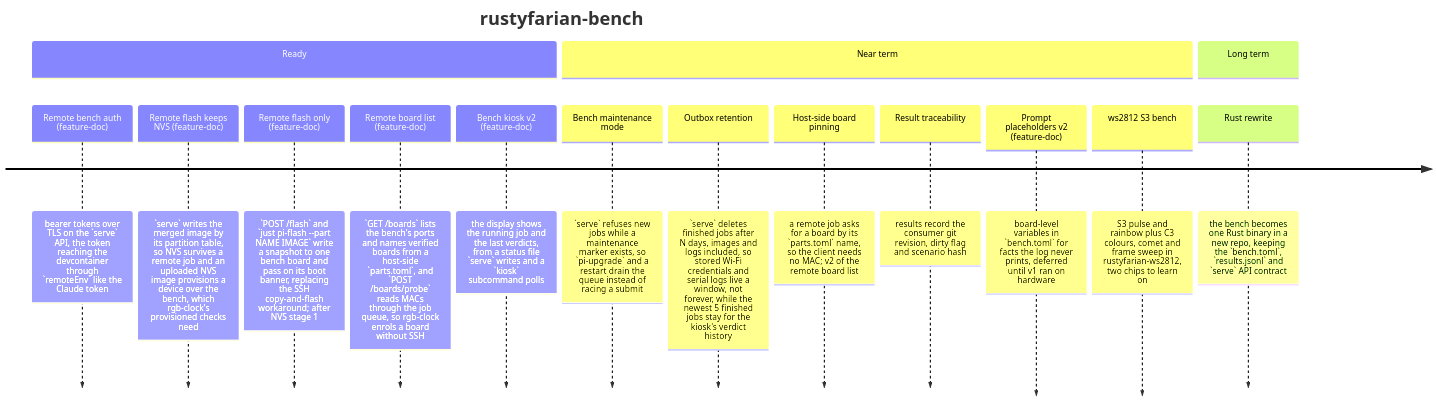
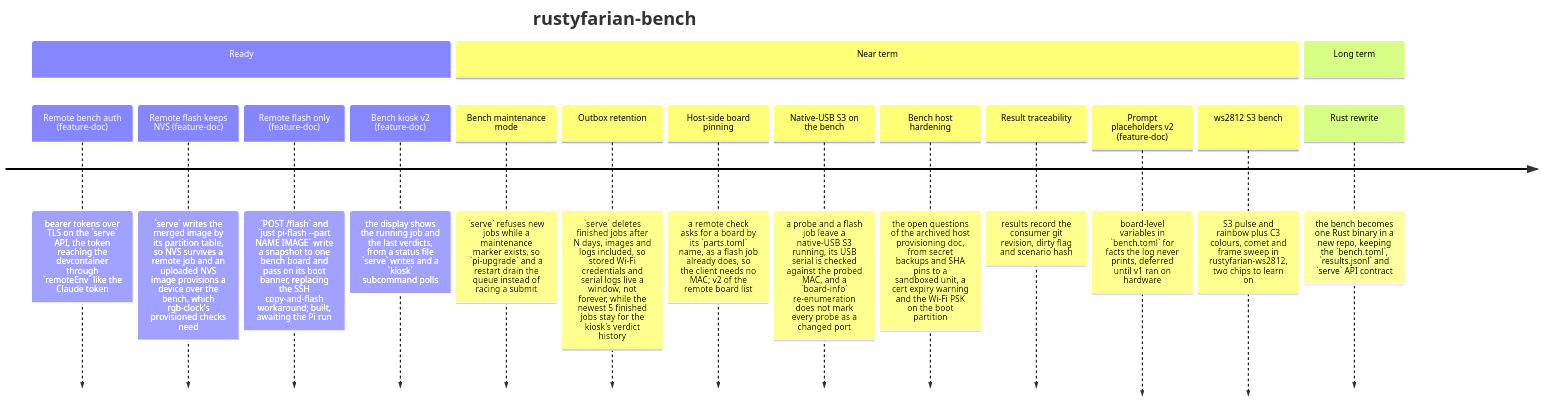
The diagram in docs/ROADMAP.md (datenkollektiv/rustyfarian-bench), drawn with Mermaid before and after one commit. The commit also changed 11 other files, not shown here.

Commit message:
Roadmap Hygiene 2026-11-24

````diff
--- a/docs/ROADMAP.md
+++ b/docs/ROADMAP.md
@@ -8,19 +8,20 @@
 ```mermaid
 timeline
     title rustyfarian-bench
     section Ready
         Remote bench auth (feature-doc) : bearer tokens over TLS on the `serve` API, the token reaching the devcontainer through `remoteEnv` like the Claude token
         Remote flash keeps NVS (feature-doc) : `serve` writes the merged image by its partition table, so NVS survives a remote job and an uploaded NVS image provisions a device over the bench, which rgb-clock's provisioned checks need
-        Remote flash only (feature-doc) : `POST /flash` and `just pi-flash --part NAME IMAGE` write a snapshot to one bench board and pass on its boot banner, replacing the SSH copy-and-flash workaround; after NVS stage 1
-        Remote board list (feature-doc) : `GET /boards` lists the bench's ports and names verified boards from a host-side `parts.toml`, and `POST /boards/probe` reads MACs through the job queue, so rgb-clock enrols a board without SSH
+        Remote flash only (feature-doc) : `POST /flash` and `just pi-flash --part NAME IMAGE` write a snapshot to one bench board and pass on its boot banner, replacing the SSH copy-and-flash workaround; built, awaiting the Pi run
         Bench kiosk v2 (feature-doc) : the display shows the running job and the last verdicts, from a status file `serve` writes and a `kiosk` subcommand polls
     section Near term
         Bench maintenance mode : `serve` refuses new jobs while a maintenance marker exists, so `pi-upgrade` and a restart drain the queue instead of racing a submit
         Outbox retention : `serve` deletes finished jobs after N days, images and logs included, so stored Wi-Fi credentials and serial logs live a window, not forever, while the newest 5 finished jobs stay for the kiosk's verdict history
-        Host-side board pinning : a remote job asks for a board by its `parts.toml` name, so the client needs no MAC; v2 of the remote board list
+        Host-side board pinning : a remote check asks for a board by its `parts.toml` name, as a flash job already does, so the client needs no MAC; v2 of the remote board list
+        Native-USB S3 on the bench : a probe and a flash job leave a native-USB S3 running, its USB serial is checked against the probed MAC, and a `board-info` re-enumeration does not mark every probe as a changed port
+        Bench host hardening : the open questions of the archived host provisioning doc, from secret backups and SHA pins to a sandboxed unit, a cert expiry warning and the Wi-Fi PSK on the boot partition
         Result traceability : results record the consumer git revision, dirty flag and scenario hash
         Prompt placeholders v2 (feature-doc) : board-level variables in `bench.toml` for facts the log never prints, deferred until v1 ran on hardware
         ws2812 S3 bench : S3 pulse and rainbow plus C3 colours, comet and frame sweep in rustyfarian-ws2812, two chips to learn on
     section Long term
         Rust rewrite : the bench becomes one Rust binary in a new repo, keeping the `bench.toml`, `results.jsonl` and `serve` API contract
 ```
````
